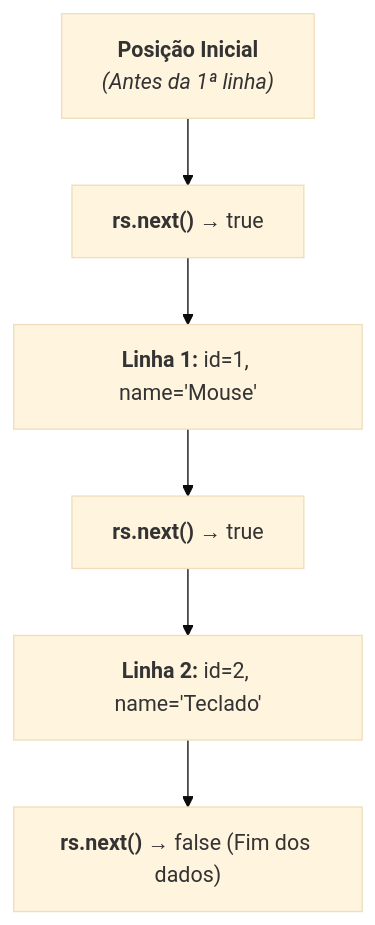
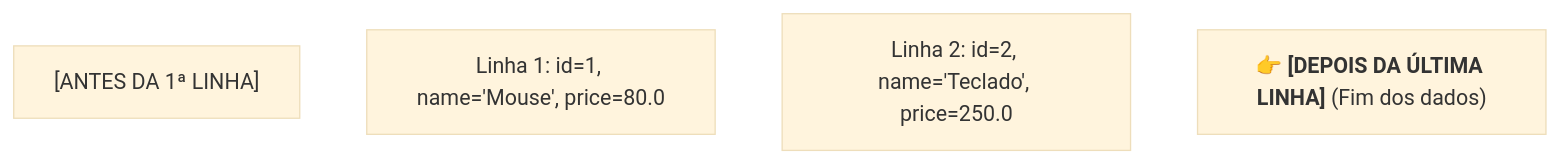
The fourth of 4 diagrams in ecossistema/jdbc-sqlite/05-operacoes-de-leitura.md (Lubrisa/fatec-curso-oo), drawn with Mermaid (base theme) before and after one commit. The commit also changed other lines of this file, not shown here.

````diff
--- a/ecossistema/jdbc-sqlite/05-operacoes-de-leitura.md
+++ b/ecossistema/jdbc-sqlite/05-operacoes-de-leitura.md
@@ -51,8 +91,7 @@
 ```mermaid
 graph TD
-    INIT["<b>Posição Inicial</b><br/><i>(Antes da 1ª linha)</i>"] --> NEXT1["<b>rs.next()</b> → true"]
-    NEXT1 --> L1["<b>Linha 1:</b> id=1, name='Mouse'"]
-    L1 --> NEXT2["<b>rs.next()</b> → true"]
-    NEXT2 --> L2["<b>Linha 2:</b> id=2, name='Teclado'"]
-    L2 --> NEXT3["<b>rs.next()</b> → false (Fim dos dados)"]
+    P0["[ANTES DA 1ª LINHA]"]
+    L1["Linha 1: id=1, name='Mouse', price=80.0"]
+    L2["Linha 2: id=2, name='Teclado', price=250.0"]
+    END["👉 <b>[DEPOIS DA ÚLTIMA LINHA]</b> (Fim dos dados)"]
 ```
````
